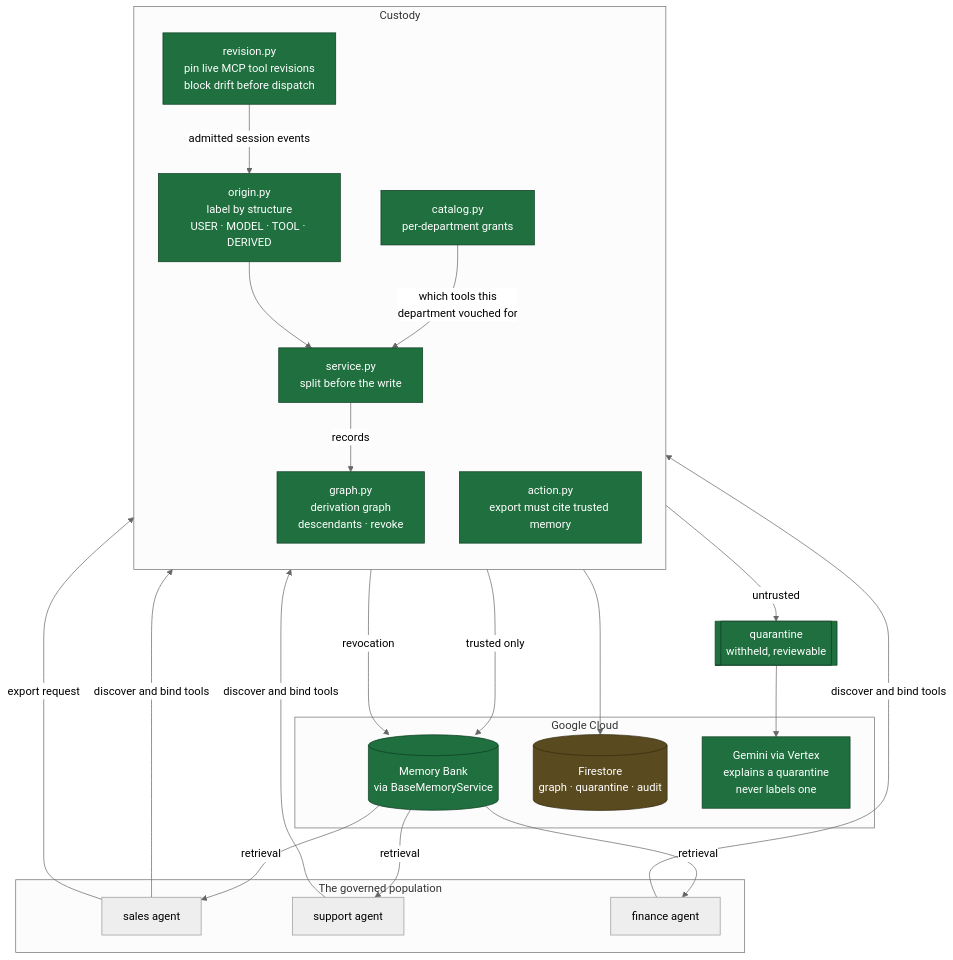
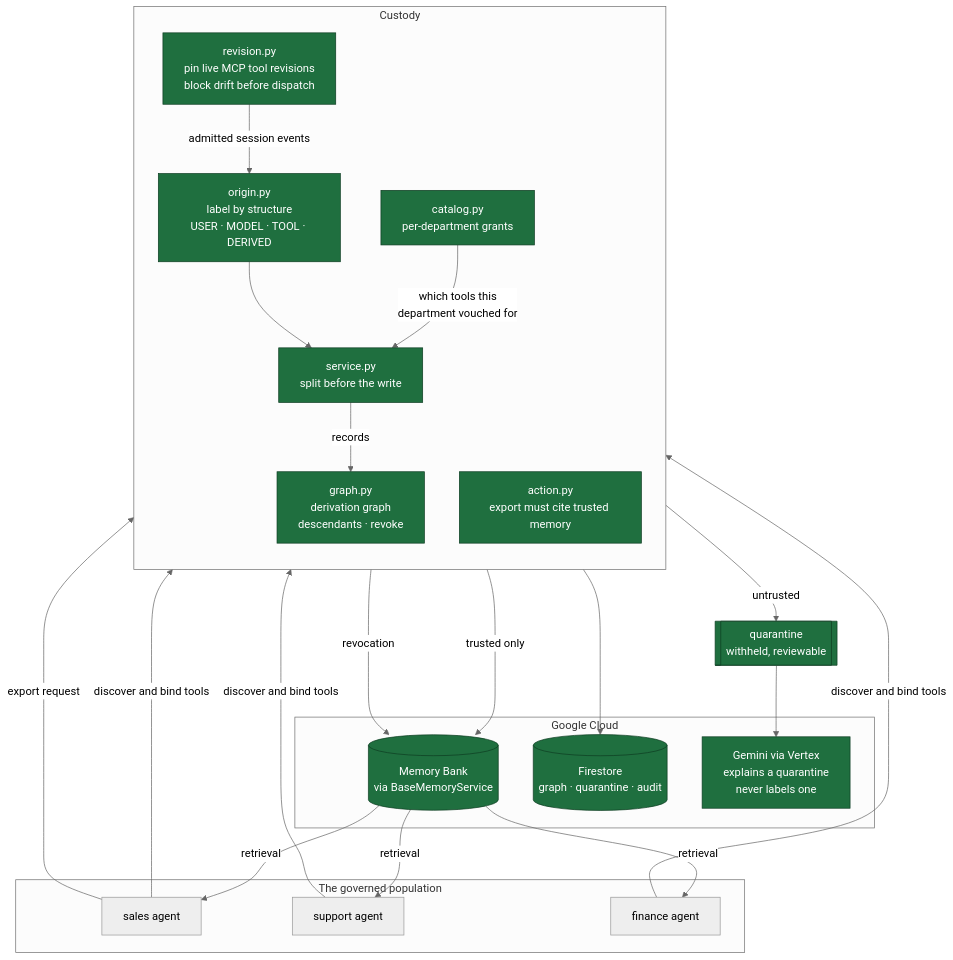
Before and after one commit to Yatsuiii/custody: the first of 3 diagrams in docs/architecture.md, drawn with Mermaid (neutral theme). The commit also changed other lines of this file and 7 other files, not shown here.

````diff
--- a/docs/architecture.md
+++ b/docs/architecture.md
@@ -11,44 +11,42 @@
 ```mermaid
 flowchart TB
     subgraph fleet["The governed population"]
         A1["sales agent"]
         A2["support agent"]
         A3["finance agent"]
     end
 
     subgraph custody["Custody"]
         direction TB
         REV["revision.py<br/>pin live MCP tool revisions<br/>block drift before dispatch"]
         ORIGIN["origin.py<br/>label by structure<br/>USER · MODEL · TOOL · DERIVED"]
         SPLIT["service.py<br/>split before the write"]
         GRAPH["graph.py<br/>derivation graph<br/>descendants · revoke"]
         CAT["catalog.py<br/>per-department grants"]
         GATE["action.py<br/>export must cite trusted memory"]
     end
 
     subgraph google["Google Cloud"]
         MB[("Memory Bank<br/>via BaseMemoryService")]
         FS[("Firestore<br/>graph · quarantine · audit")]
         GEM["Gemini via Vertex<br/>explains a quarantine<br/>never labels one"]
     end
 
     QUAR[["quarantine<br/>withheld, reviewable"]]
 
     A1 & A2 & A3 -->|"discover and bind tools"| REV
     REV -->|"admitted session events"| ORIGIN
     ORIGIN --> SPLIT
     CAT -->|"which tools this<br/>department vouched for"| SPLIT
     SPLIT -->|"trusted only"| MB
     SPLIT -->|"untrusted"| QUAR
     SPLIT -->|"records"| GRAPH
     GRAPH --> FS
     QUAR --> GEM
     GRAPH -->|"revocation"| MB
     MB -->|"retrieval"| A1 & A2 & A3
     A1 -->|"export request"| GATE
 
     classDef built fill:#1f6f3f,stroke:#0d3d22,color:#fff
-    classDef planned fill:#5a4a1f,stroke:#332a10,color:#fff
-    class REV,ORIGIN,SPLIT,GRAPH,CAT,GATE,QUAR,MB,GEM built
-    class FS planned
+    class REV,ORIGIN,SPLIT,GRAPH,CAT,GATE,QUAR,MB,GEM,FS built
 ```
````
